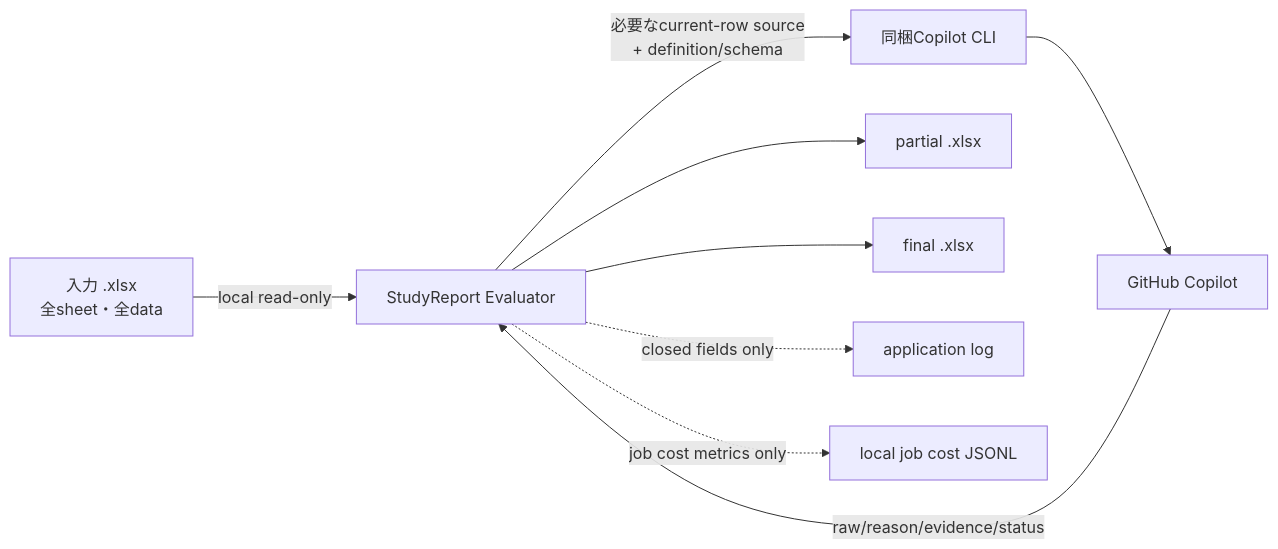
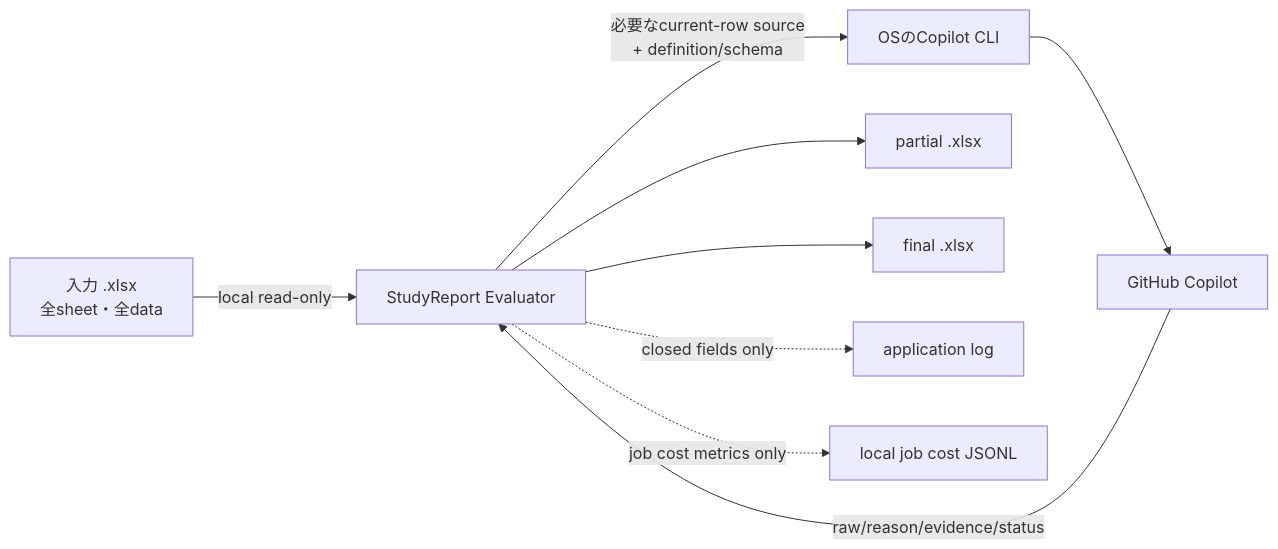
Before and after one commit to dahatake/StudyReport-Evaluator: the diagram in docs/privacy-and-data-handling.md, drawn with Mermaid. The commit also changed other lines of this file and 44 other files, not shown here.

````diff
--- a/docs/privacy-and-data-handling.md
+++ b/docs/privacy-and-data-handling.md
@@ -11,11 +11,11 @@
 ```mermaid
 flowchart LR
     IN[入力 .xlsx\n全sheet・全data] -->|local read-only| APP[StudyReport Evaluator]
-    APP -->|必要なcurrent-row source\n+ definition/schema| CLI[同梱Copilot CLI]
+    APP -->|必要なcurrent-row source\n+ definition/schema| CLI[OSのCopilot CLI]
     CLI --> GH[GitHub Copilot]
     GH -->|raw/reason/evidence/status| APP
     APP --> PARTIAL[partial .xlsx]
     APP --> FINAL[final .xlsx]
     APP -. closed fields only .-> LOG[application log]
     APP -. job cost metrics only .-> JOBLOG[local job cost JSONL]
 ```
````
